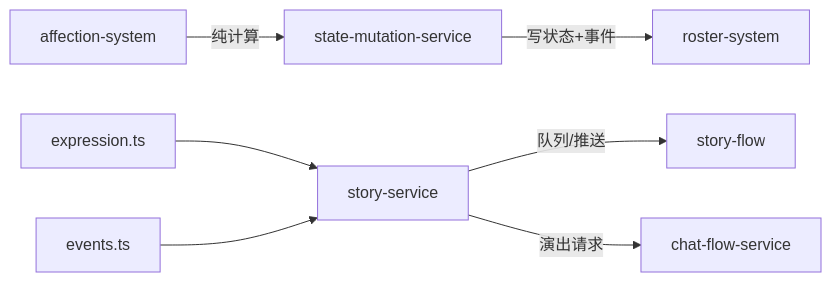
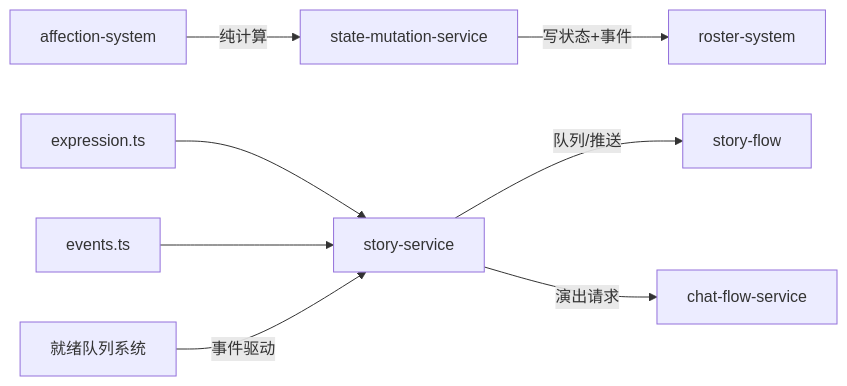
The eighth of 8 diagrams in .qoder/repowiki/zh/content/游戏系统/羁绊系统.md (EsiLA9/Arona-Clicker), drawn with Mermaid before and after one commit. The commit also changed other lines of this file and 176 other files, not shown here.

````diff
--- a/.qoder/repowiki/zh/content/游戏系统/羁绊系统.md
+++ b/.qoder/repowiki/zh/content/游戏系统/羁绊系统.md
@@ -315,9 +393,10 @@
 ```mermaid
 graph LR
 AS["affection-system"] --> |纯计算| SMS["state-mutation-service"]
 SMS --> |写状态+事件| RS["roster-system"]
 SS["story-service"] --> |队列/推送| SF["story-flow"]
 SS --> |演出请求| CFS["chat-flow-service"]
 EXP["expression.ts"] --> SS
 EVT["events.ts"] --> SS
+SQS["就绪队列系统"] --> |事件驱动| SS
 ```
````
